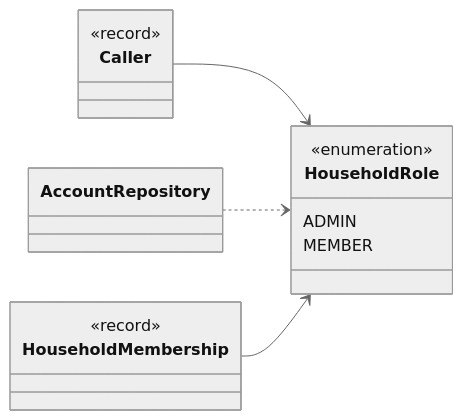
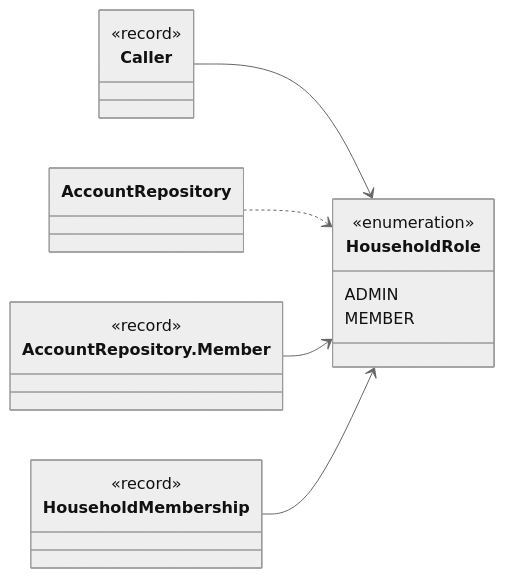
Before and after one commit to Nate-ryan-7690/dahaem: diagram 12 of 26 in docs/classes/auth.md, drawn with Mermaid (neutral theme). The commit also changed other lines of this file and 4 other files, not shown here.

````diff
--- a/docs/classes/auth.md
+++ b/docs/classes/auth.md
@@ -623,19 +672,23 @@
 ```mermaid
 classDiagram
     direction LR
     class auth_HouseholdRole["HouseholdRole"] {
         <<enumeration>>
         ADMIN
         MEMBER
     }
     class api_Caller["Caller"] {
         <<record>>
     }
+    class auth_AccountRepository_Member["AccountRepository.Member"] {
+        <<record>>
+    }
     class auth_HouseholdMembership["HouseholdMembership"] {
         <<record>>
     }
     class auth_AccountRepository["AccountRepository"]
     api_Caller --> auth_HouseholdRole
     auth_AccountRepository ..> auth_HouseholdRole
+    auth_AccountRepository_Member --> auth_HouseholdRole
     auth_HouseholdMembership --> auth_HouseholdRole
 ```
````
